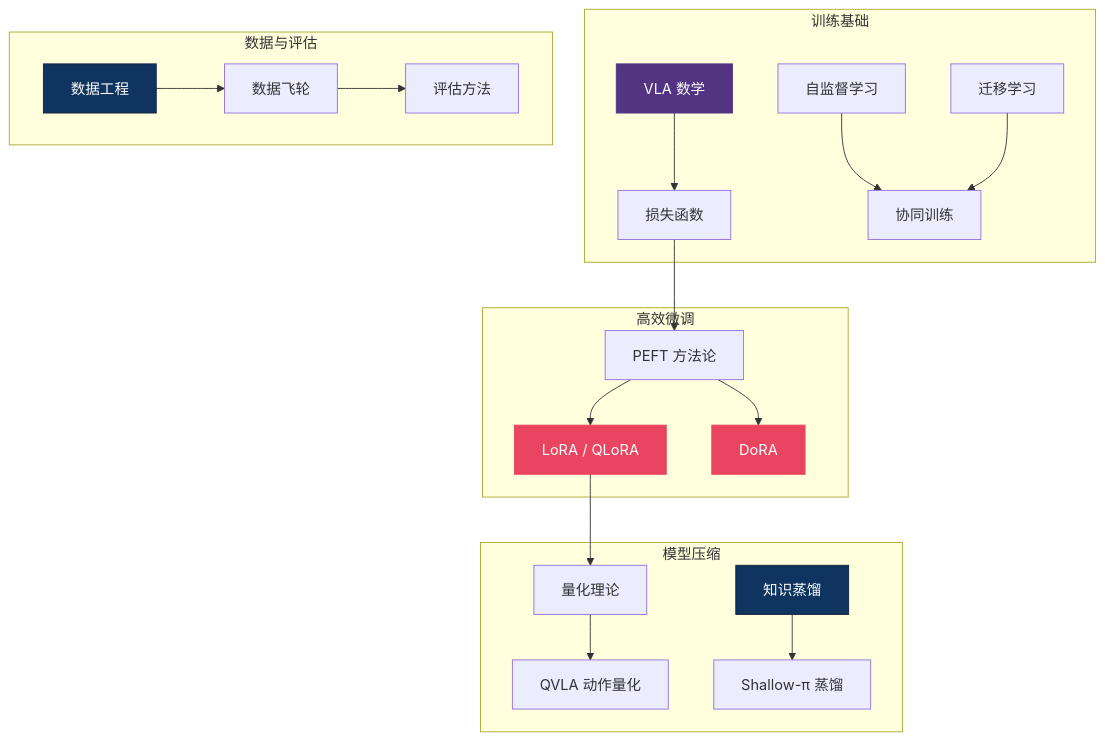
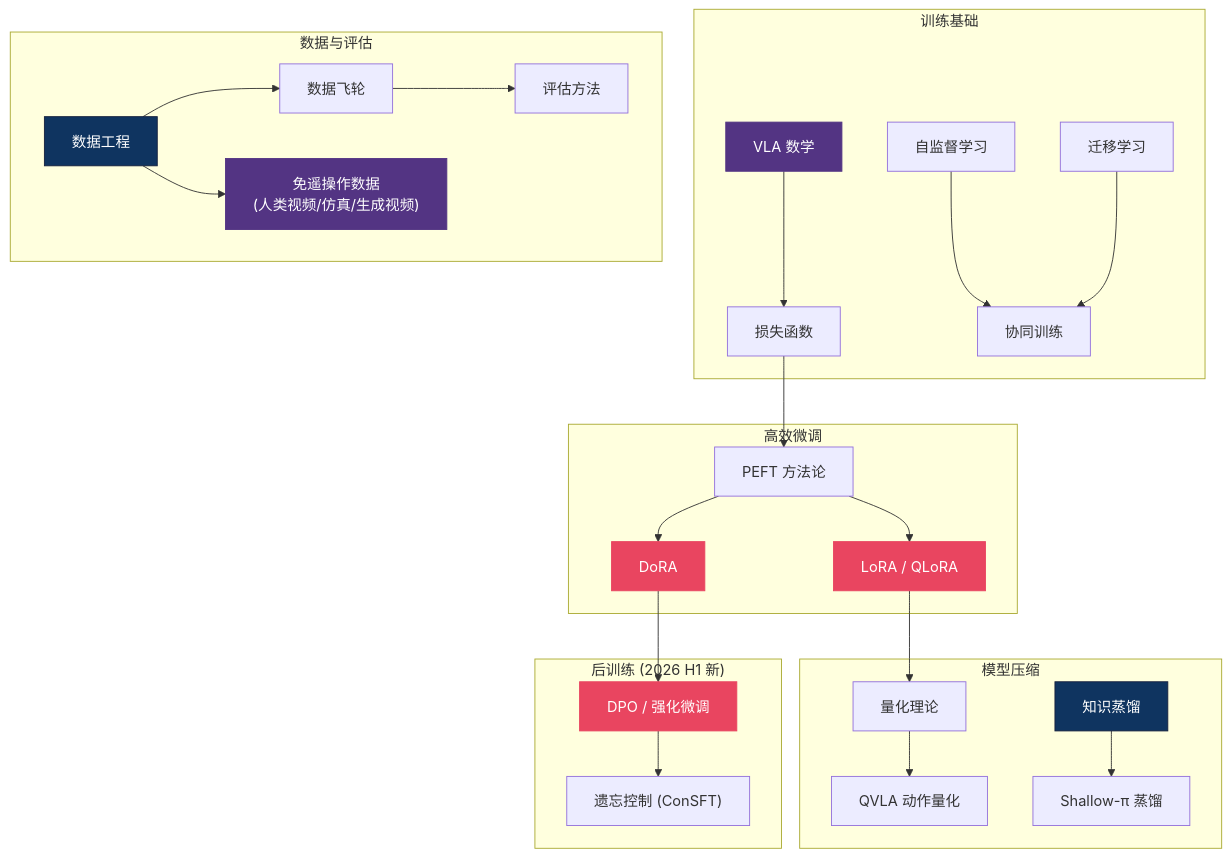
Before and after one commit to sou350121/VLA-Handbook: the diagram in theory/foundation/foundation_mainline.md, drawn with Mermaid. The commit also changed other lines of this file and 20 other files, not shown here.

````diff
--- a/theory/foundation/foundation_mainline.md
+++ b/theory/foundation/foundation_mainline.md
@@ -9,48 +11,59 @@
 ```mermaid
 graph TD
     subgraph "高效微调"
         LORA["LoRA / QLoRA"]
         DORA["DoRA"]
         PEFT["PEFT 方法论"]
     end
 
     subgraph "模型压缩"
         KD["知识蒸馏"]
         QUANT["量化理论"]
         QVLA["QVLA 动作量化"]
         SHALLOW["Shallow-π 蒸馏"]
     end
 
     subgraph "训练基础"
         MATH["VLA 数学"]
         LOSS["损失函数"]
         SSL["自监督学习"]
         COTRAIN["协同训练"]
         TL["迁移学习"]
     end
 
     subgraph "数据与评估"
         DATA["数据工程"]
         EVAL["评估方法"]
         FLYWHEEL["数据飞轮"]
+        NOTELEOP["免遥操作数据<br/>(人类视频/仿真/生成视频)"]
+    end
+
+    subgraph "后训练 (2026 H1 新)"
+        POSTTRAIN["DPO / 强化微调"]
+        CONSFT["遗忘控制 (ConSFT)"]
     end
 
     MATH --> LOSS
     LOSS --> PEFT
     PEFT --> LORA
     PEFT --> DORA
     LORA --> QUANT
     KD --> SHALLOW
     QUANT --> QVLA
+    DORA --> POSTTRAIN
+    POSTTRAIN --> CONSFT
 
     SSL --> COTRAIN
     TL --> COTRAIN
     DATA --> FLYWHEEL
+    DATA --> NOTELEOP
     FLYWHEEL --> EVAL
 
     style LORA fill:#e94560,stroke:#e94560,color:#fff
     style DORA fill:#e94560,stroke:#e94560,color:#fff
     style KD fill:#0f3460,stroke:#16213e,color:#fff
     style MATH fill:#533483,stroke:#533483,color:#fff
     style DATA fill:#0f3460,stroke:#16213e,color:#fff
+    style POSTTRAIN fill:#e94560,stroke:#e94560,color:#fff
+    style NOTELEOP fill:#533483,stroke:#533483,color:#fff
 ```
````
